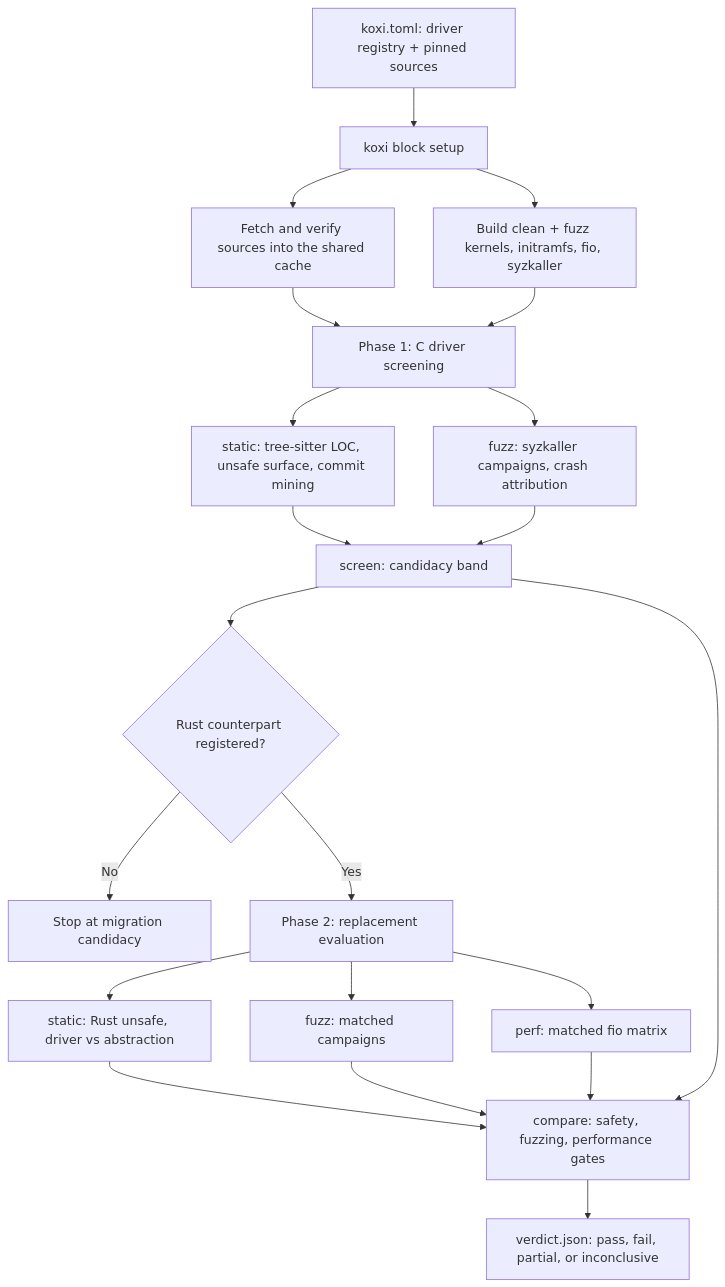
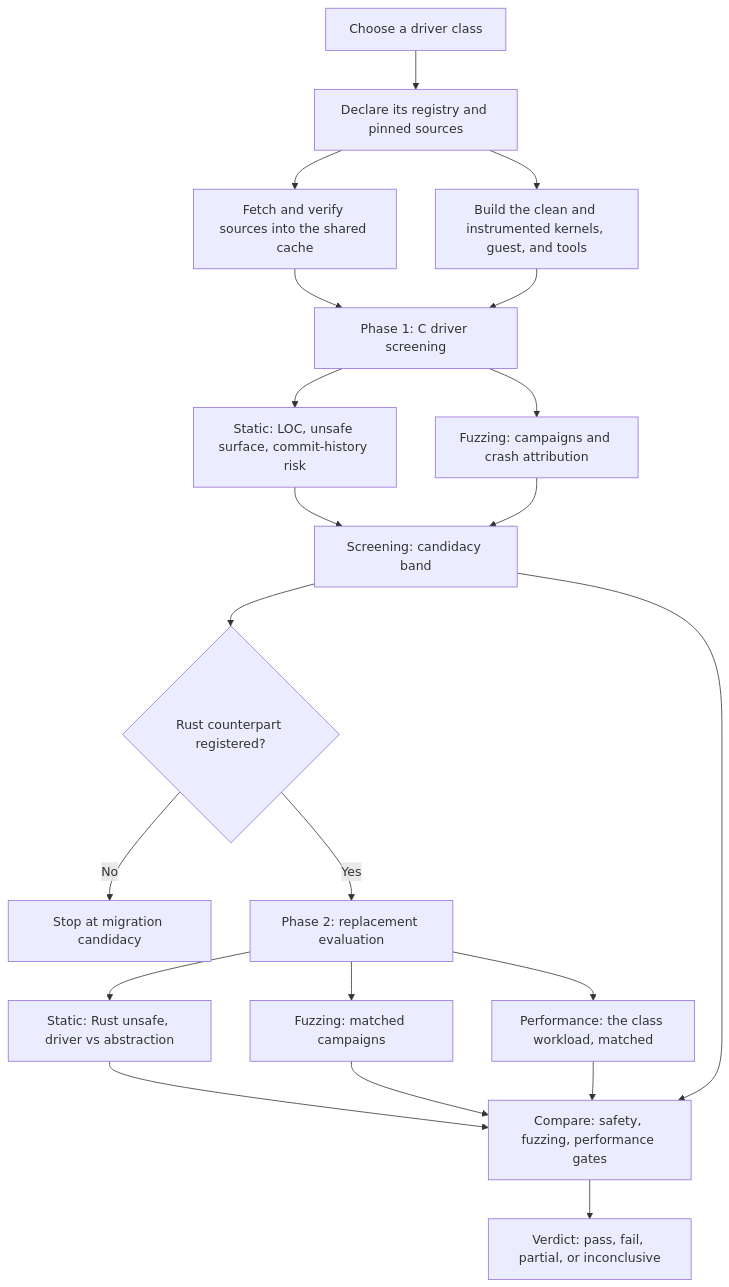
One commit to guilherme-n-l/KOxI2 changed the diagram in README.md. Above: the diagram before and after it, drawn with Mermaid. The commit also changed other lines of this file and 1 other file, not shown here.

First line of the commit message:
docs: separate the methodology from the block instantiation

````diff
--- a/README.md
+++ b/README.md
@@ -58,24 +70,24 @@
 ```mermaid
 flowchart TD
-    A[koxi.toml: driver registry + pinned sources] --> B[koxi block setup]
+    A[Choose a driver class] --> B[Declare its registry and pinned sources]
     B --> B1[Fetch and verify sources into the shared cache]
-    B --> B2[Build clean + fuzz kernels, initramfs, fio, syzkaller]
+    B --> B2[Build the clean and instrumented kernels, guest, and tools]
     B1 --> C[Phase 1: C driver screening]
     B2 --> C
-    C --> C1[static: tree-sitter LOC, unsafe surface, commit mining]
-    C --> C2[fuzz: syzkaller campaigns, crash attribution]
-    C1 --> D[screen: candidacy band]
+    C --> C1[Static: LOC, unsafe surface, commit-history risk]
+    C --> C2[Fuzzing: campaigns and crash attribution]
+    C1 --> D[Screening: candidacy band]
     C2 --> D
 
     D --> E{Rust counterpart registered?}
     E -- No --> F[Stop at migration candidacy]
     E -- Yes --> G[Phase 2: replacement evaluation]
-    G --> G1[static: Rust unsafe, driver vs abstraction]
-    G --> G2[fuzz: matched campaigns]
-    G --> G3[perf: matched fio matrix]
-    G1 --> H[compare: safety, fuzzing, performance gates]
+    G --> G1[Static: Rust unsafe, driver vs abstraction]
+    G --> G2[Fuzzing: matched campaigns]
+    G --> G3[Performance: the class workload, matched]
+    G1 --> H[Compare: safety, fuzzing, performance gates]
     G2 --> H
     G3 --> H
     D --> H
-    H --> I[verdict.json: pass, fail, partial, or inconclusive]
+    H --> I[Verdict: pass, fail, partial, or inconclusive]
 ```
````
